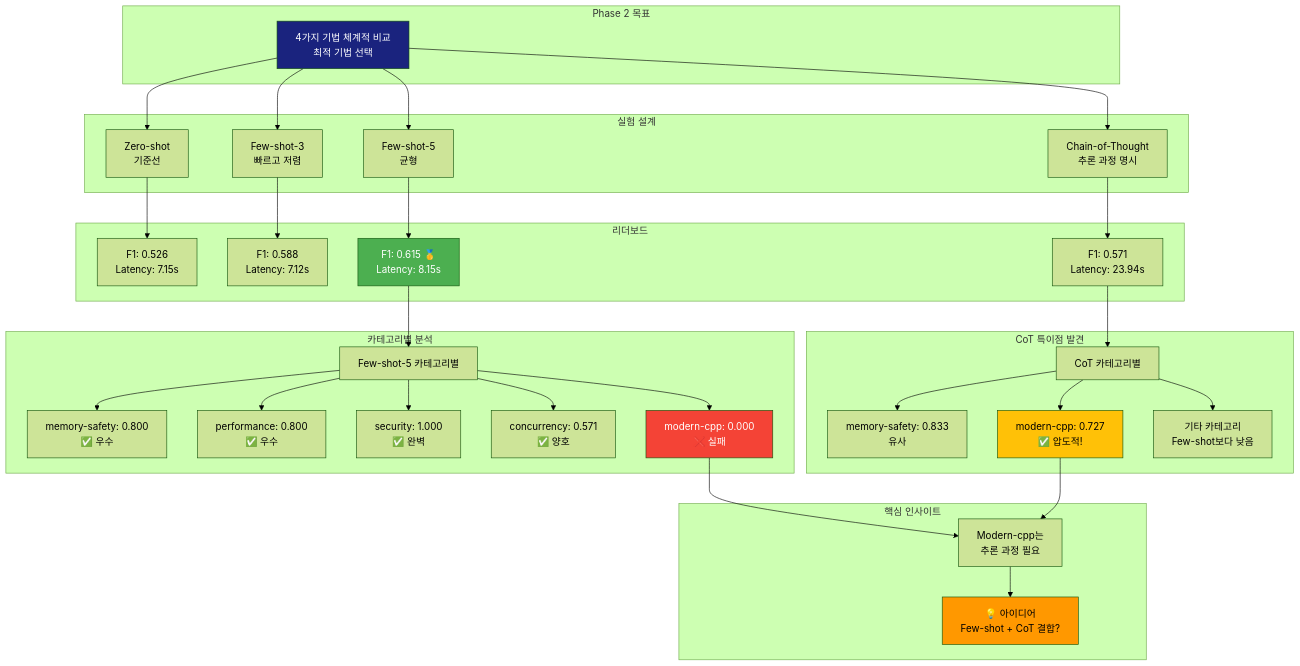
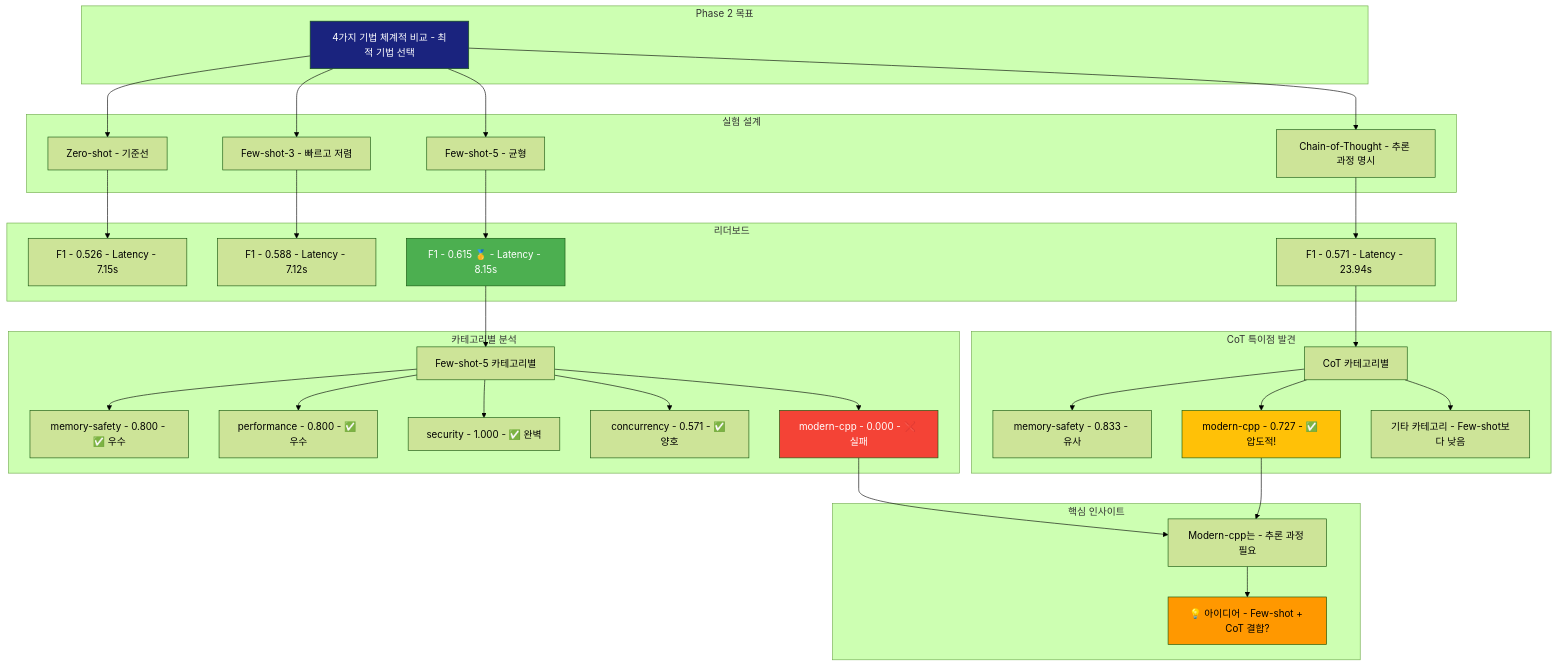
Before and after one commit to ApeachM/llm-code-reviewer: diagram 16 of 39 in PRESENTATION.md, drawn with Mermaid (forest theme). The commit also changed other lines of this file, not shown here.

First line of the commit message:
fix: Replace special characters in Mermaid node labels for compatibility

````diff
--- a/PRESENTATION.md
+++ b/PRESENTATION.md
@@ -756,51 +757,51 @@
 ```mermaid
 graph TB
     subgraph "Phase 2 목표"
-        Goal[4가지 기법 체계적 비교<br/>최적 기법 선택]
+        Goal[4가지 기법 체계적 비교 - 최적 기법 선택]
     end
 
     subgraph "실험 설계"
-        Goal --> Exp1[Zero-shot<br/>기준선]
-        Goal --> Exp2[Few-shot-3<br/>빠르고 저렴]
-        Goal --> Exp3[Few-shot-5<br/>균형]
-        Goal --> Exp4[Chain-of-Thought<br/>추론 과정 명시]
+        Goal --> Exp1[Zero-shot - 기준선]
+        Goal --> Exp2[Few-shot-3 - 빠르고 저렴]
+        Goal --> Exp3[Few-shot-5 - 균형]
+        Goal --> Exp4[Chain-of-Thought - 추론 과정 명시]
     end
 
     subgraph "리더보드"
-        Exp1 --> R1[F1: 0.526<br/>Latency: 7.15s]
-        Exp2 --> R2[F1: 0.588<br/>Latency: 7.12s]
-        Exp3 --> R3[F1: 0.615 🥇<br/>Latency: 8.15s]
-        Exp4 --> R4[F1: 0.571<br/>Latency: 23.94s]
+        Exp1 --> R1[F1 - 0.526 - Latency - 7.15s]
+        Exp2 --> R2[F1 - 0.588 - Latency - 7.12s]
+        Exp3 --> R3[F1 - 0.615 🥇 - Latency - 8.15s]
+        Exp4 --> R4[F1 - 0.571 - Latency - 23.94s]
     end
 
     subgraph "카테고리별 분석"
         R3 --> Cat[Few-shot-5 카테고리별]
 
-        Cat --> C1[memory-safety: 0.800<br/>✅ 우수]
-        Cat --> C2[performance: 0.800<br/>✅ 우수]
-        Cat --> C3[security: 1.000<br/>✅ 완벽]
-        Cat --> C4[concurrency: 0.571<br/>✅ 양호]
-        Cat --> C5[modern-cpp: 0.000<br/>❌ 실패]
+        Cat --> C1[memory-safety - 0.800 - ✅ 우수]
+        Cat --> C2[performance - 0.800 - ✅ 우수]
+        Cat --> C3[security - 1.000 - ✅ 완벽]
+        Cat --> C4[concurrency - 0.571 - ✅ 양호]
+        Cat --> C5[modern-cpp - 0.000 - ❌ 실패]
     end
 
     subgraph "CoT 특이점 발견"
         R4 --> CoTCat[CoT 카테고리별]
 
-        CoTCat --> CoT1[memory-safety: 0.833<br/>유사]
-        CoTCat --> CoT2[modern-cpp: 0.727<br/>✅ 압도적!]
-        CoTCat --> CoT3[기타 카테고리<br/>Few-shot보다 낮음]
+        CoTCat --> CoT1[memory-safety - 0.833 - 유사]
+        CoTCat --> CoT2[modern-cpp - 0.727 - ✅ 압도적!]
+        CoTCat --> CoT3[기타 카테고리 - Few-shot보다 낮음]
     end
 
     subgraph "핵심 인사이트"
-        C5 --> Insight[Modern-cpp는<br/>추론 과정 필요]
+        C5 --> Insight[Modern-cpp는 - 추론 과정 필요]
         CoT2 --> Insight
 
-        Insight --> Next[💡 아이디어<br/>Few-shot + CoT 결합?]
+        Insight --> Next[💡 아이디어 - Few-shot + CoT 결합?]
     end
 
     style Goal fill:#1a237e,color:#fff
     style R3 fill:#4caf50,color:#fff
     style C5 fill:#f44336,color:#fff
     style CoT2 fill:#ffc107,color:#000
     style Next fill:#ff9800,color:#000
 ```
````
